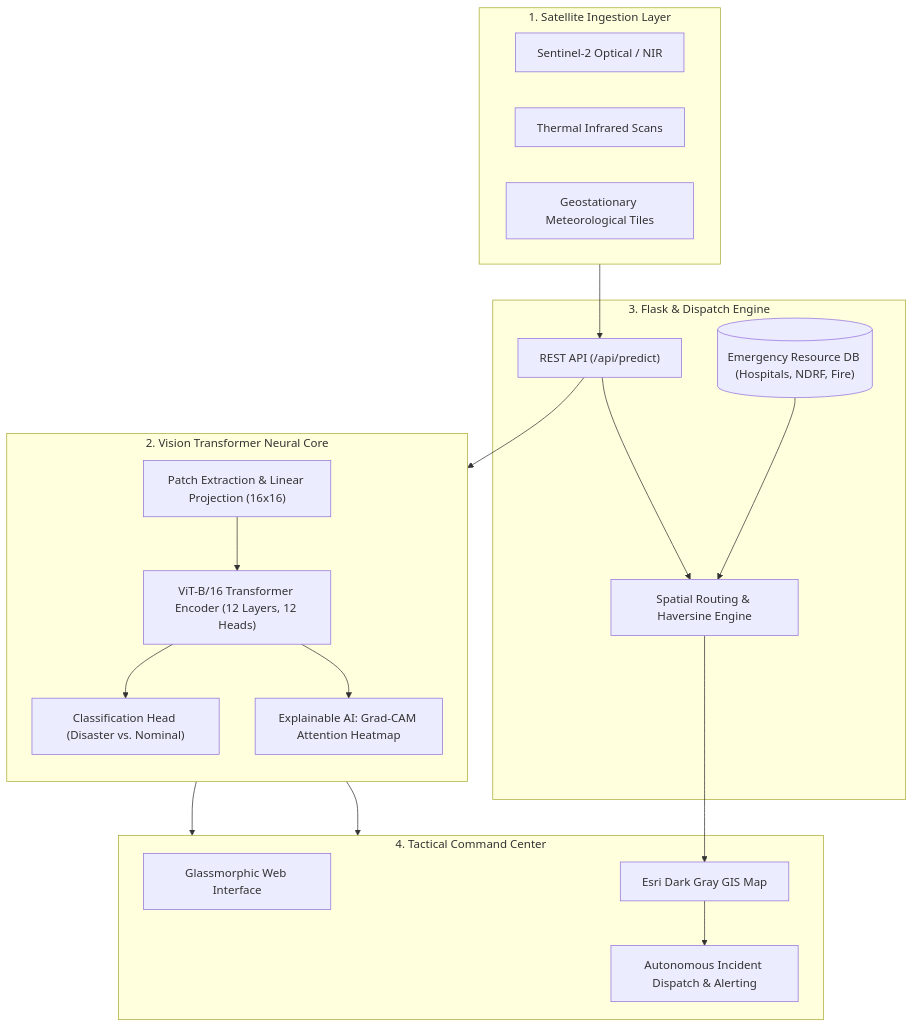
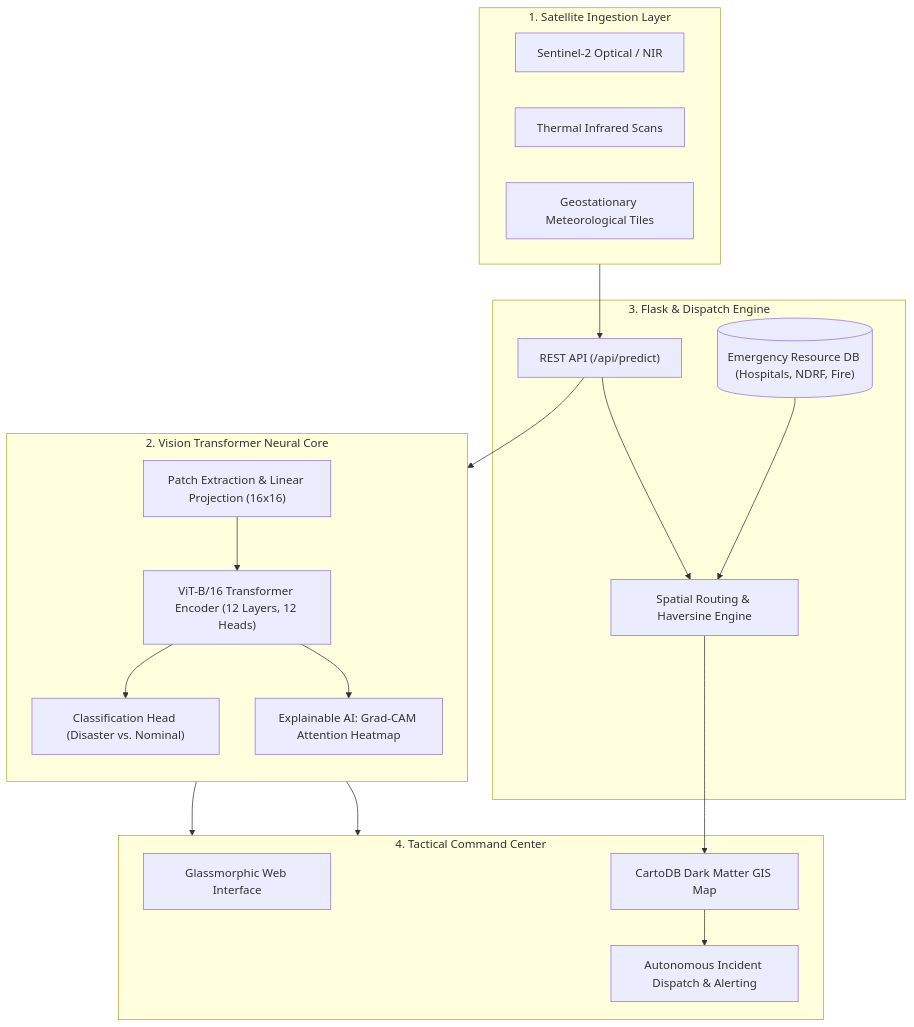
The diagram in README.md (ReturnKartikey/satark-disaster-system), drawn with Mermaid before and after one commit. The commit also changed other lines of this file and 24 other files, not shown here.

````diff
--- a/README.md
+++ b/README.md
@@ -114,42 +114,42 @@
 ```mermaid
 flowchart TB
     subgraph INGESTION ["1. Satellite Ingestion Layer"]
         S1["Sentinel-2 Optical / NIR"]
         S2["Thermal Infrared Scans"]
         S3["Geostationary Meteorological Tiles"]
     end
 
     subgraph INFERENCE ["2. Vision Transformer Neural Core"]
         direction TB
         TF["Patch Extraction & Linear Projection (16x16)"]
         TRANSFORMER["ViT-B/16 Transformer Encoder (12 Layers, 12 Heads)"]
         CLASSIFIER["Classification Head (Disaster vs. Nominal)"]
         GRADCAM["Explainable AI: Grad-CAM Attention Heatmap"]
         
         TF --> TRANSFORMER
         TRANSFORMER --> CLASSIFIER
         TRANSFORMER --> GRADCAM
     end
 
     subgraph BACKEND ["3. Flask & Dispatch Engine"]
         API["REST API (/api/predict)"]
         HAVERSINE["Spatial Routing & Haversine Engine"]
         RES_DB[("Emergency Resource DB (Hospitals, NDRF, Fire)")]
         
         API --> HAVERSINE
         RES_DB --> HAVERSINE
     end
 
     subgraph UI ["4. Tactical Command Center"]
         DASH["Glassmorphic Web Interface"]
-        MAP["Esri Dark Gray GIS Map"]
+        MAP["CartoDB Dark Matter GIS Map"]
         TRIAGE["Autonomous Incident Dispatch & Alerting"]
     end
 
     INGESTION --> API
     API --> INFERENCE
     CLASSIFIER --> UI
     GRADCAM --> UI
     HAVERSINE --> MAP
     MAP --> TRIAGE
 ```
````
